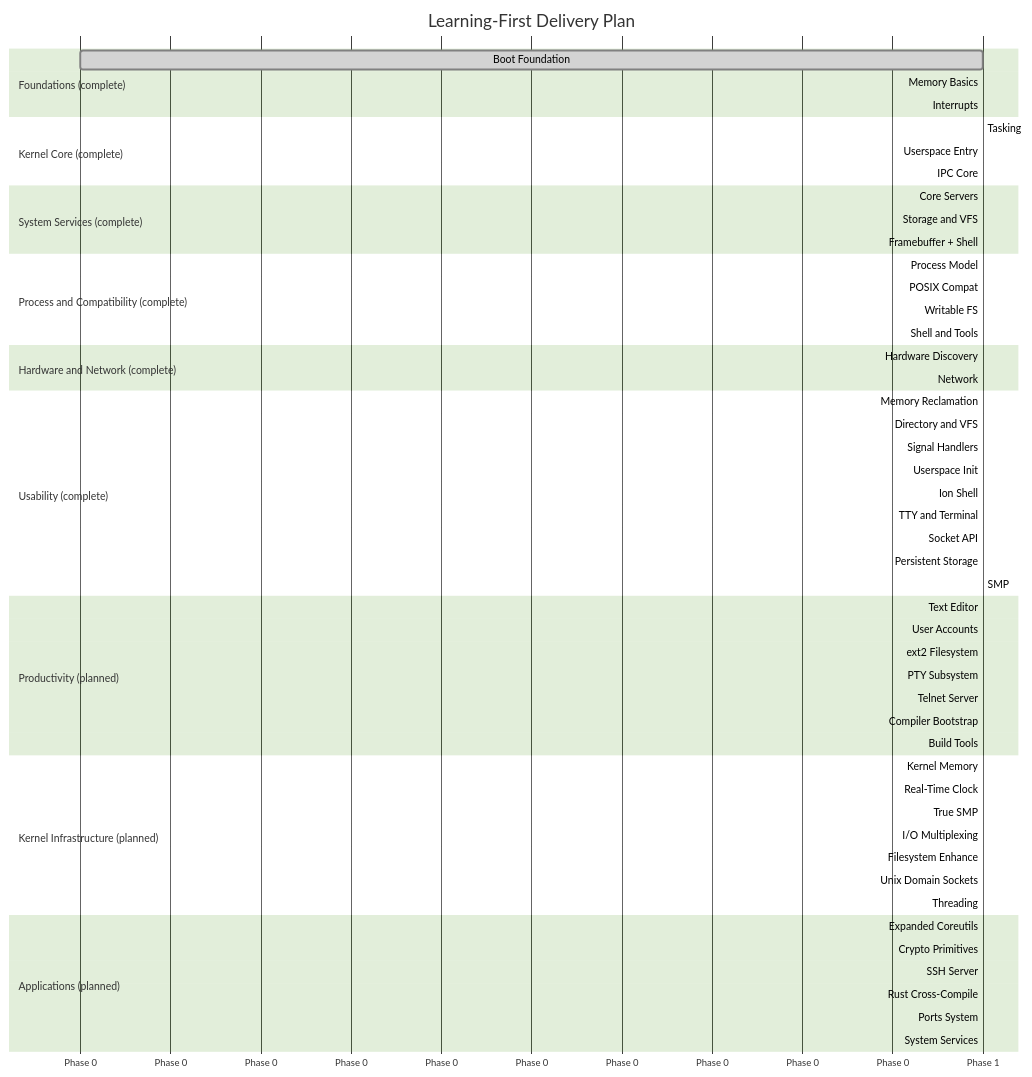
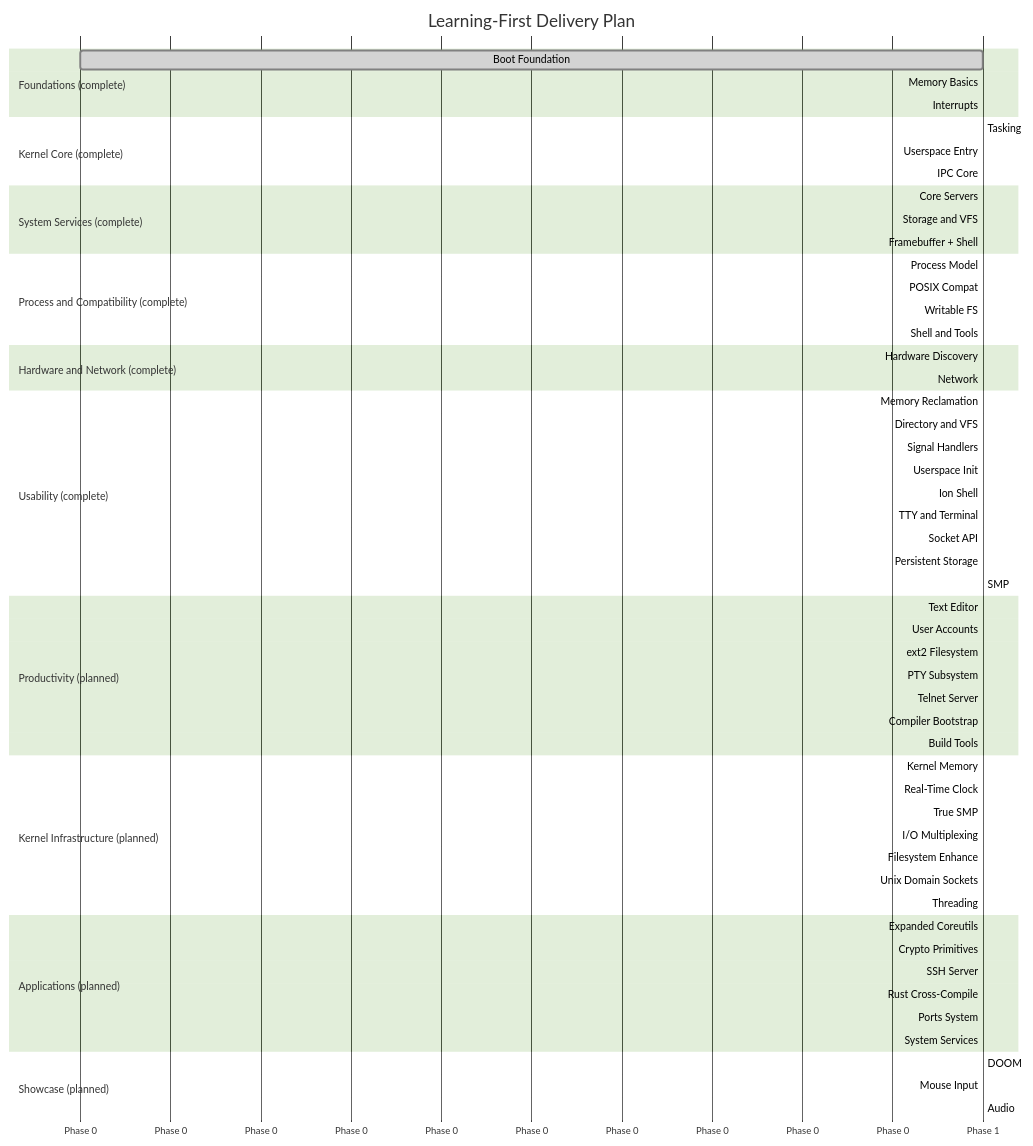
One commit to mikecubed/m3OS changed the second of 2 diagrams in docs/roadmap/README.md. Above: the diagram before and after it, drawn with Mermaid (forest theme). The commit also changed other lines of this file and 6 other files, not shown here.

Commit message:
docs: add DOOM, mouse input, and audio phases (46-48) (#58)

````diff
--- a/docs/roadmap/README.md
+++ b/docs/roadmap/README.md
@@ -211,68 +228,73 @@
 ```mermaid
 gantt
     title Learning-First Delivery Plan
     dateFormat X
     axisFormat Phase %s
 
     section Foundations (complete)
     Boot Foundation      :done, p1, 0, 1
     Memory Basics        :done, p2, after p1, 1
     Interrupts           :done, p3, after p1, 1
 
     section Kernel Core (complete)
     Tasking              :done, p4, after p2, 1
     Userspace Entry      :done, p5, after p4, 1
     IPC Core             :done, p6, after p5, 1
 
     section System Services (complete)
     Core Servers         :done, p7, after p6, 1
     Storage and VFS      :done, p8, after p7, 1
     Framebuffer + Shell  :done, p9, after p8, 1
 
     section Process and Compatibility (complete)
     Process Model        :done, p11, after p9, 1
     POSIX Compat         :done, p12, after p11, 1
     Writable FS          :done, p13, after p8, 1
     Shell and Tools      :done, p14, after p12, 1
 
     section Hardware and Network (complete)
     Hardware Discovery   :done, p15, after p3, 1
     Network              :done, p16, after p15, 1
 
     section Usability (complete)
     Memory Reclamation   :done, p17, after p14, 1
     Directory and VFS    :done, p18, after p17, 1
     Signal Handlers      :done, p19, after p18, 1
     Userspace Init       :done, p20, after p19, 1
     Ion Shell            :done, p21, after p20, 1
     TTY and Terminal     :done, p22, after p21, 1
     Socket API           :done, p23, after p22, 1
     Persistent Storage   :done, p24, after p18, 1
     SMP                  :done, p25, after p17, 1
 
     section Productivity (planned)
     Text Editor          :active, p26, after p24, 1
     User Accounts        :p27, after p26, 1
     ext2 Filesystem      :p28, after p27, 1
     PTY Subsystem        :p29, after p27, 1
     Telnet Server        :p30, after p29, 1
     Compiler Bootstrap   :p31, after p26, 1
     Build Tools          :p32, after p31, 1
 
     section Kernel Infrastructure (planned)
     Kernel Memory        :p33, after p25, 1
     Real-Time Clock      :p34, after p15, 1
     True SMP             :p35, after p33, 1
     I/O Multiplexing     :p36, after p35, 1
     Filesystem Enhance   :p37, after p28, 1
     Unix Domain Sockets  :p38, after p37, 1
     Threading            :p39, after p35, 1
 
     section Applications (planned)
     Expanded Coreutils   :p40, after p37, 1
     Crypto Primitives    :p41, after p31, 1
     SSH Server           :p42, after p41, 1
     Rust Cross-Compile   :p43, after p24, 1
     Ports System         :p44, after p40, 1
     System Services      :p45, after p38, 1
+
+    section Showcase (planned)
+    DOOM                 :p46, after p24, 1
+    Mouse Input          :p47, after p46, 1
+    Audio                :p48, after p46, 1
 ```
````
